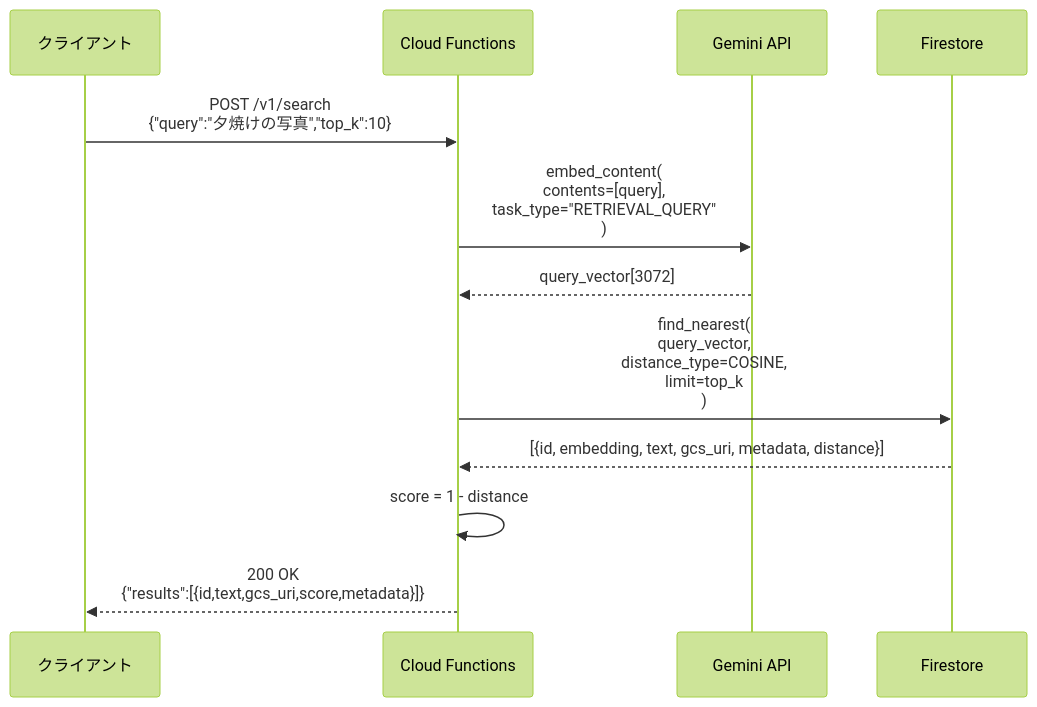
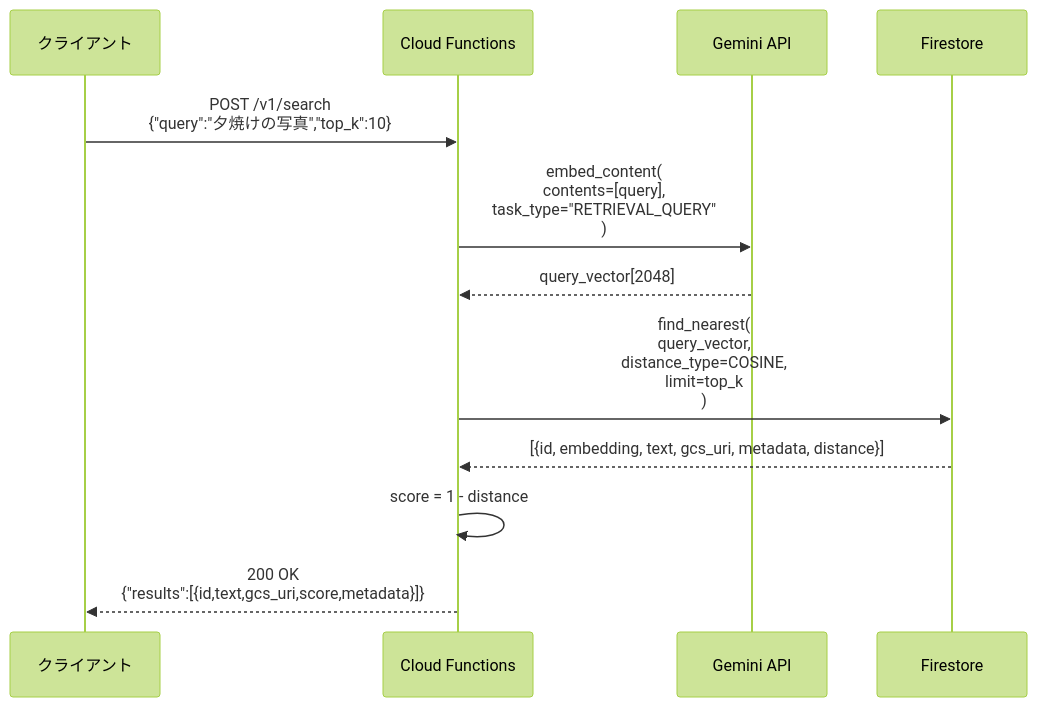
Before and after one commit to Riri-Inferno/gcp-serverless-vector-search: the fourth of 5 diagrams in docs/multimodal-design.md, drawn with Mermaid (forest theme). The commit also changed other lines of this file and 5 other files, not shown here.

````diff
--- a/docs/multimodal-design.md
+++ b/docs/multimodal-design.md
@@ -111,15 +111,15 @@
 ```mermaid
 sequenceDiagram
     participant C as クライアント
     participant Fn as Cloud Functions
     participant Gemini as Gemini API
     participant FS as Firestore
 
     C->>Fn: POST /v1/search<br/>{"query":"夕焼けの写真","top_k":10}
     Fn->>Gemini: embed_content(<br/>  contents=[query],<br/>  task_type="RETRIEVAL_QUERY"<br/>)
-    Gemini-->>Fn: query_vector[3072]
+    Gemini-->>Fn: query_vector[2048]
     Fn->>FS: find_nearest(<br/>  query_vector,<br/>  distance_type=COSINE,<br/>  limit=top_k<br/>)
     FS-->>Fn: [{id, embedding, text, gcs_uri, metadata, distance}]
     Fn->>Fn: score = 1 - distance
     Fn-->>C: 200 OK<br/>{"results":[{id,text,gcs_uri,score,metadata}]}
 ```
````
